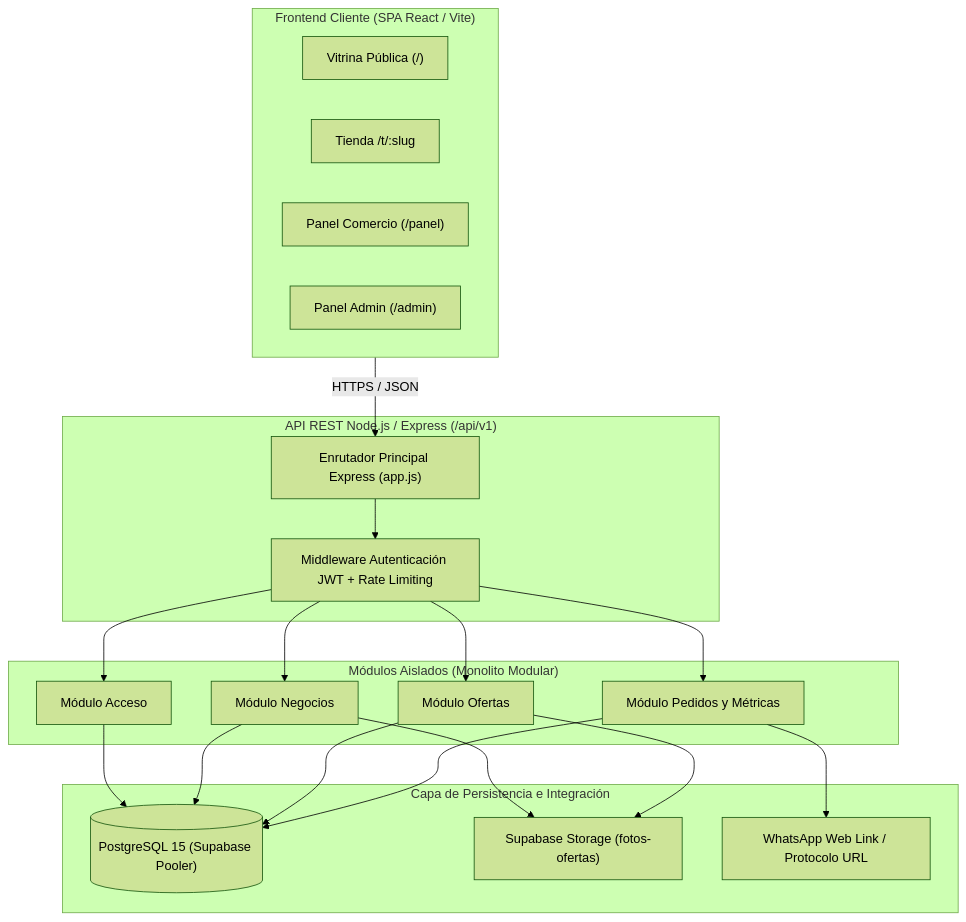
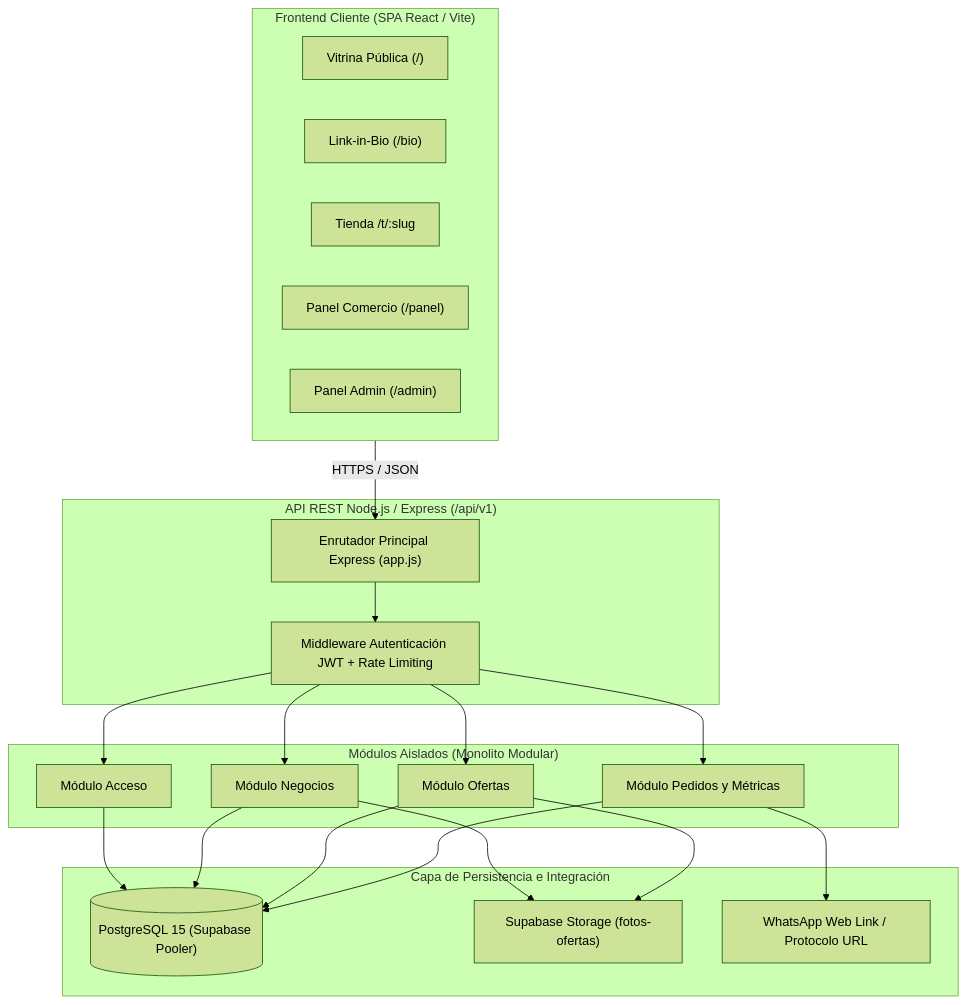
The first of 8 diagrams in docs/03-diseno-de-software/README.md (lovableprojectscx/JAMA), drawn with Mermaid (forest theme) before and after one commit. The commit also changed other lines of this file and 9 other files, not shown here.

Commit message:
feat(web): agregar pagina Link-in-Bio (/bio), comunidad WhatsApp, redes oficiales y certificacion E2E

````diff
--- a/docs/03-diseno-de-software/README.md
+++ b/docs/03-diseno-de-software/README.md
@@ -109,34 +110,35 @@
 ```mermaid
 flowchart TD
     subgraph SPA_CLIENT["Frontend Cliente (SPA React / Vite)"]
         V["Vitrina Pública (/)"]
+        B["Link-in-Bio (/bio)"]
         T["Tienda /t/:slug"]
         P["Panel Comercio (/panel)"]
         A["Panel Admin (/admin)"]
     end
 
     subgraph API_GATEWAY["API REST Node.js / Express (/api/v1)"]
         Router["Enrutador Principal Express (app.js)"]
         AuthM["Middleware Autenticación JWT + Rate Limiting"]
     end
 
     subgraph MODULOS_BACKEND["Módulos Aislados (Monolito Modular)"]
         M1["Módulo Acceso"]
         M2["Módulo Negocios"]
         M3["Módulo Ofertas"]
         M4["Módulo Pedidos y Métricas"]
     end
 
     subgraph INFRAESTRUCTURA_DATOS["Capa de Persistencia e Integración"]
         PG[("PostgreSQL 15 (Supabase Pooler)")]
         ST["Supabase Storage (fotos-ofertas)"]
         WP["WhatsApp Web Link / Protocolo URL"]
     end
 
     SPA_CLIENT -->|HTTPS / JSON| Router
     Router --> AuthM
     AuthM --> M1 & M2 & M3 & M4
     M1 & M2 & M3 & M4 --> PG
     M2 & M3 --> ST
     M4 --> WP
 ```
````
